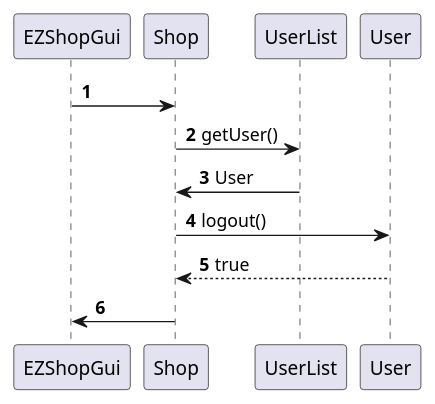
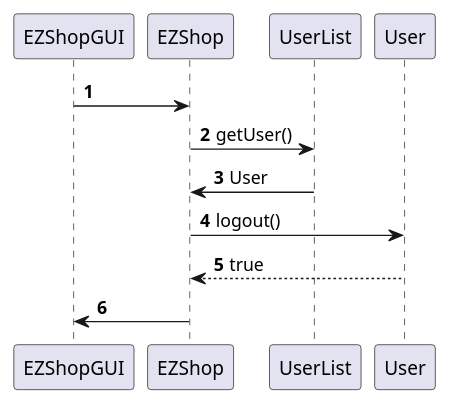
One commit to mkexc/ezshop changed diagram 14 of 22 in Deliverables/DesignDocument.md. Above: the diagram before and after it, drawn with PlantUML. The commit also changed other lines of this file, not shown here.

````diff
--- a/Deliverables/DesignDocument.md
+++ b/Deliverables/DesignDocument.md
@@ -519,11 +416,11 @@
 ```plantuml
 @startuml
 autonumber
-EZShopGui -> Shop 
-Shop -> UserList : getUser()
-Shop <- UserList : User
-Shop -> User : logout()
-Shop <-- User : true
-EZShopGui <- Shop
+EZShopGUI -> EZShop 
+EZShop -> UserList : getUser()
+EZShop <- UserList : User
+EZShop -> User : logout()
+EZShop <-- User : true
+EZShopGUI <- EZShop
 @enduml
 ```
````
